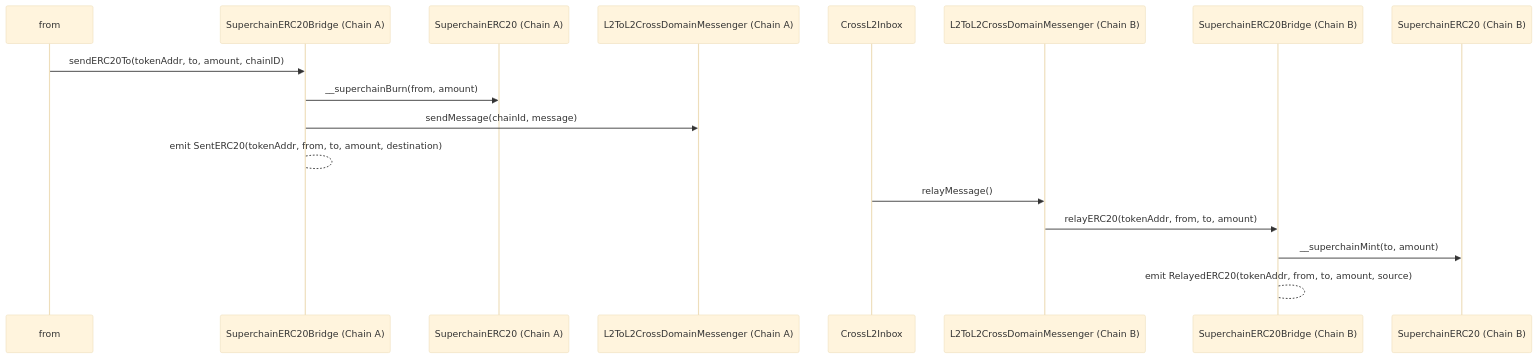
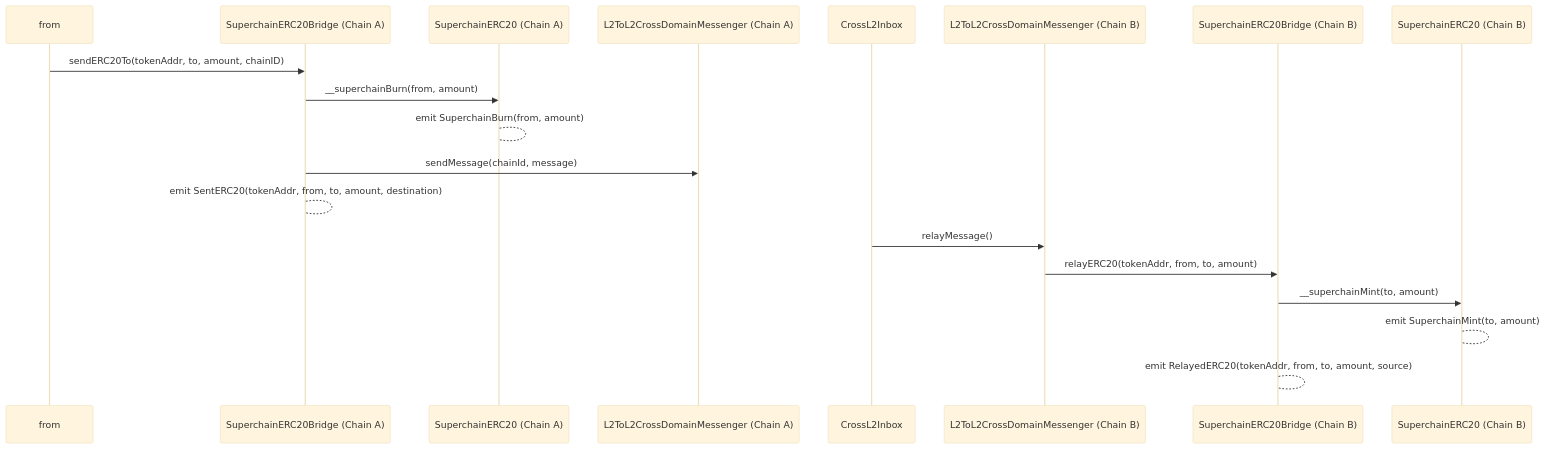
One commit to ethereum-optimism/specs changed the third of 3 diagrams in specs/interop/predeploys.md. Above: the diagram before and after it, drawn with Mermaid (base theme). The commit also changed 1 other file, not shown here.

Commit message:
feat: added SuperchainMint and SuperchainBurn events to the SuperchainERC20 interface

````diff
--- a/specs/interop/predeploys.md
+++ b/specs/interop/predeploys.md
@@ -906,20 +906,22 @@
 ```mermaid
 sequenceDiagram
   participant from
   participant L2SBA as SuperchainERC20Bridge (Chain A)
   participant SuperERC20_A as SuperchainERC20 (Chain A)
   participant Messenger_A as L2ToL2CrossDomainMessenger (Chain A)
   participant Inbox as CrossL2Inbox
   participant Messenger_B as L2ToL2CrossDomainMessenger (Chain B)
   participant L2SBB as SuperchainERC20Bridge (Chain B)
   participant SuperERC20_B as SuperchainERC20 (Chain B)
 
   from->>L2SBA: sendERC20To(tokenAddr, to, amount, chainID)
   L2SBA->>SuperERC20_A: __superchainBurn(from, amount)
+  SuperERC20_A-->SuperERC20_A: emit SuperchainBurn(from, amount)
   L2SBA->>Messenger_A: sendMessage(chainId, message)
   L2SBA-->L2SBA: emit SentERC20(tokenAddr, from, to, amount, destination)
   Inbox->>Messenger_B: relayMessage()
   Messenger_B->>L2SBB: relayERC20(tokenAddr, from, to, amount)
   L2SBB->>SuperERC20_B: __superchainMint(to, amount)
+  SuperERC20_B-->SuperERC20_B: emit SuperchainMint(to, amount)
   L2SBB-->L2SBB: emit RelayedERC20(tokenAddr, from, to, amount, source)
 ```
````
